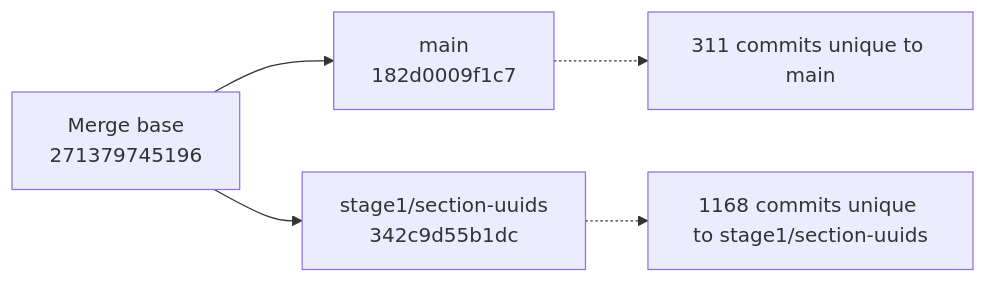
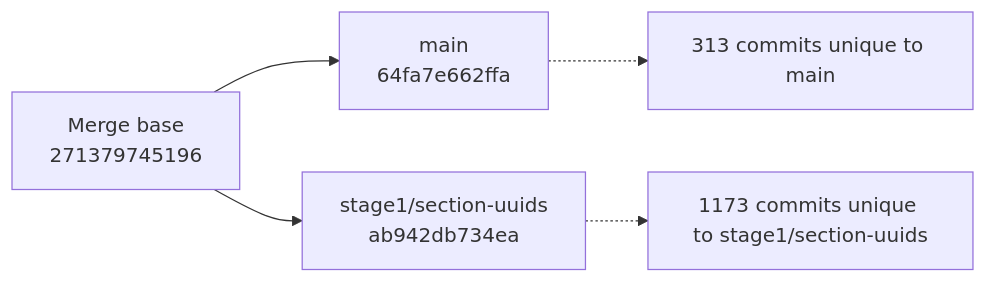
One commit to snoopdock/Finite_element_analysis_project changed the diagram in branch-graphify-results/latest/git-lineage.mmd. Above: the diagram before and after it, drawn with Mermaid. The commit also changed 13 other files, not shown here.

Commit message:
Update Graphify branch analysis [skip ci]

```diff
--- a/branch-graphify-results/latest/git-lineage.mmd
+++ b/branch-graphify-results/latest/git-lineage.mmd
@@ -1,10 +1,10 @@
 flowchart LR
   MB["Merge base<br/>271379745196"]
-  B["main<br/>182d0009f1c7"]
-  C["stage1/section-uuids<br/>342c9d55b1dc"]
+  B["main<br/>64fa7e662ffa"]
+  C["stage1/section-uuids<br/>ab942db734ea"]
   MB --> B
   MB --> C
-  B_note["311 commits unique to main"]
-  C_note["1168 commits unique to stage1/section-uuids"]
+  B_note["313 commits unique to main"]
+  C_note["1173 commits unique to stage1/section-uuids"]
   B -.-> B_note
   C -.-> C_note
```
